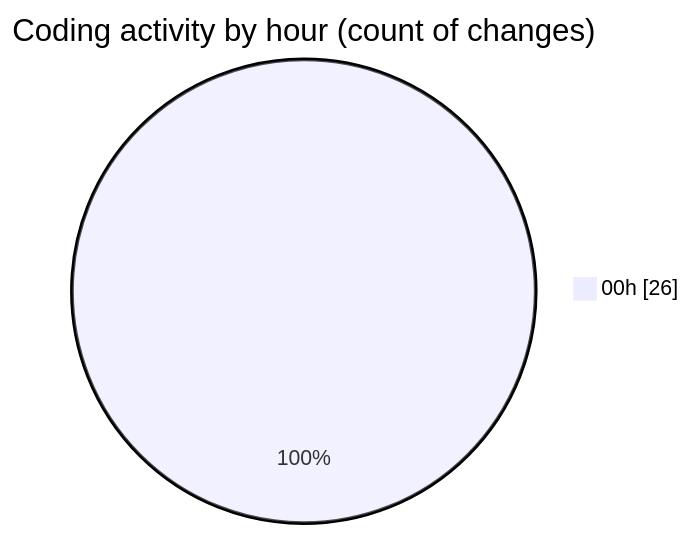
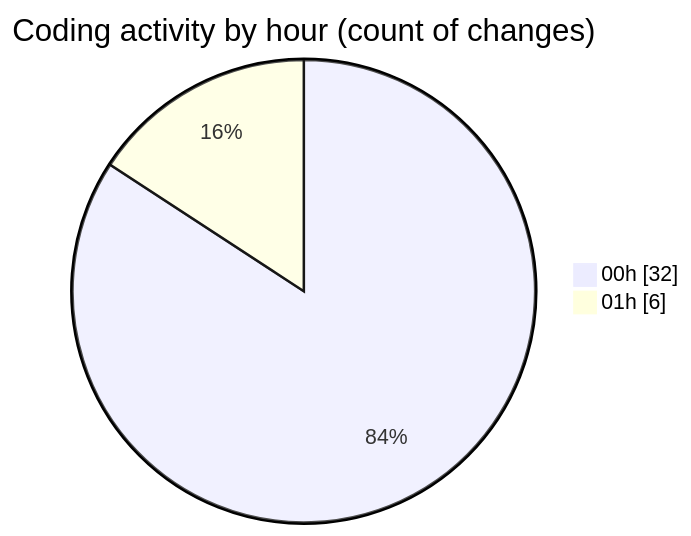
The second of 2 diagrams in 2025-07-21/reg/README.md (lephambinh05/code-tracking), drawn with Mermaid before and after one commit. The commit also changed other lines of this file and 1 other file, not shown here.

````diff
--- a/2025-07-21/reg/README.md
+++ b/2025-07-21/reg/README.md
@@ -35,5 +42,6 @@
 ```mermaid
 pie showData
 title Coding activity by hour (count of changes)
-"00h" : 26
+"00h" : 32
+"01h" : 6
 ```
````
